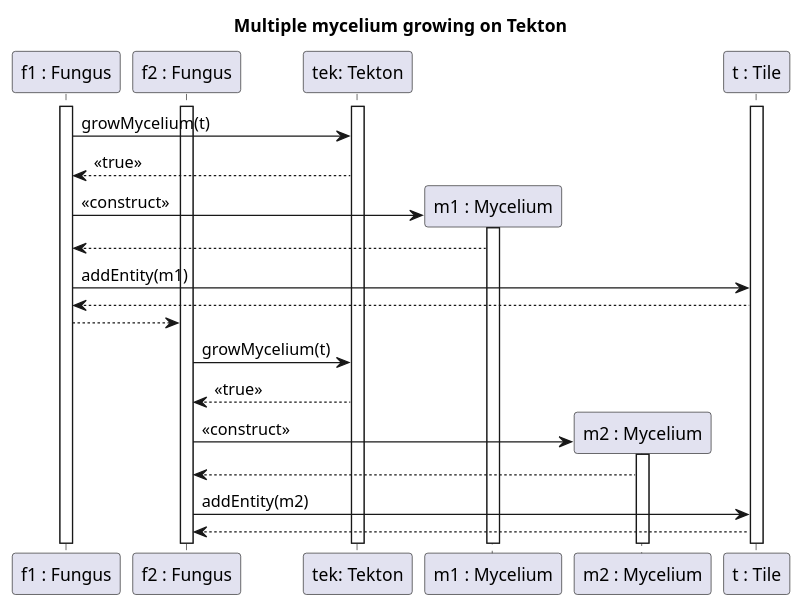
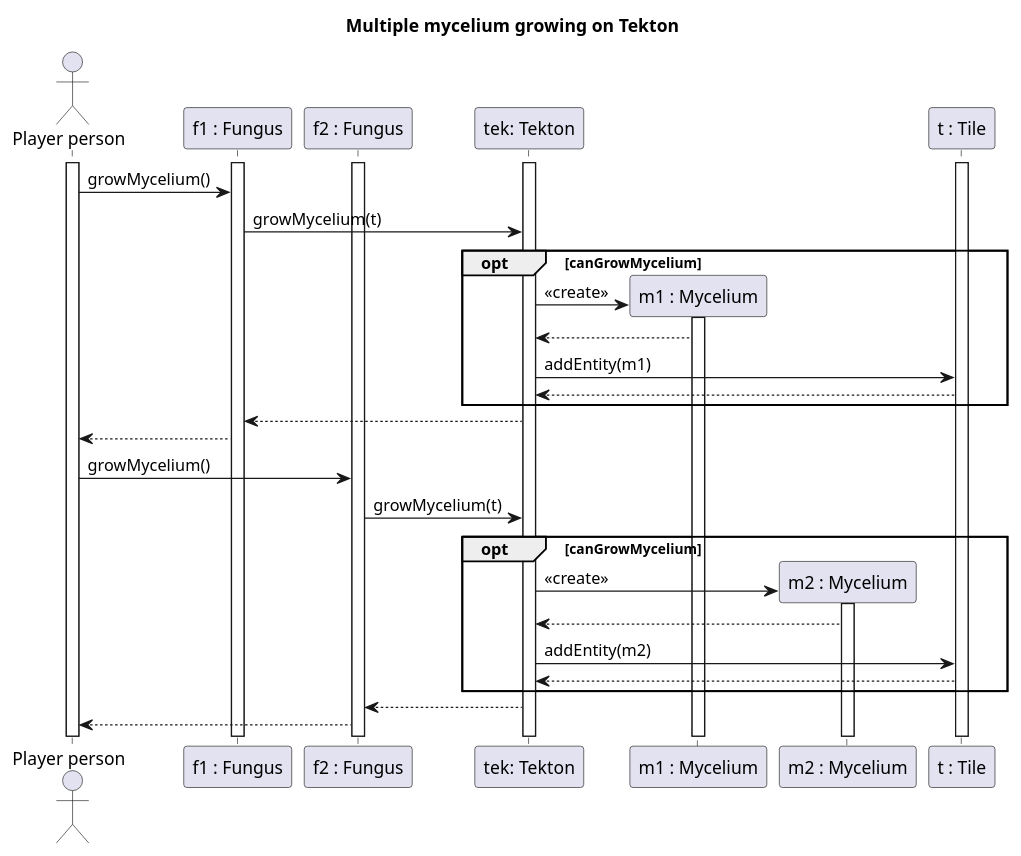
The diagram in diagrams/diagramFiles/SQ_MultipleMyceliumonTekton.puml (Harcipan/Projlab_nullpointerexception), drawn with PlantUML before and after one commit. The commit also changed 10 other files, not shown here.

```diff
--- a/diagrams/diagramFiles/SQ_MultipleMyceliumonTekton.puml
+++ b/diagrams/diagramFiles/SQ_MultipleMyceliumonTekton.puml
@@ -1,37 +1,48 @@
 @startuml Mycelium growth
 
 title Multiple mycelium growing on Tekton
 
+actor "Player person" as Ac
 participant "f1 : Fungus" as F1
 participant "f2 : Fungus" as F2
 participant "tek: Tekton" as Tek
 participant "m1 : Mycelium" as M1
 participant "m2 : Mycelium" as M2
 participant "t : Tile" as T
 
+activate Ac
 activate F1
 activate F2
 activate T
 activate Tek
 
+Ac -> F1 : growMycelium()
 
 F1->Tek : growMycelium(t)
-Tek --> F1 : <<true>>
-F1 -> M1 ** : <<construct>>
+opt canGrowMycelium
+Tek -> M1 ** : <<create>>
 activate M1
-M1 --> F1
-F1 -> T : addEntity(m1)
-T-->F1
+M1 --> Tek
+Tek -> T : addEntity(m1)
+T-->Tek
+end
+Tek-->F1
 
-F1-->F2
+F1 --> Ac
+
+Ac -> F2 : growMycelium()
 
 F2->Tek : growMycelium(t)
-Tek --> F2 : <<true>>
-F2 -> M2 ** : <<construct>>
+opt canGrowMycelium
+Tek -> M2 ** : <<create>>
 activate M2
-M2 --> F2
-F2 -> T : addEntity(m2)
-T-->F2
+M2 --> Tek
+Tek -> T : addEntity(m2)
+T-->Tek
+end
+Tek-->F2
+
+F2 --> Ac
 
 
 @enduml
```
